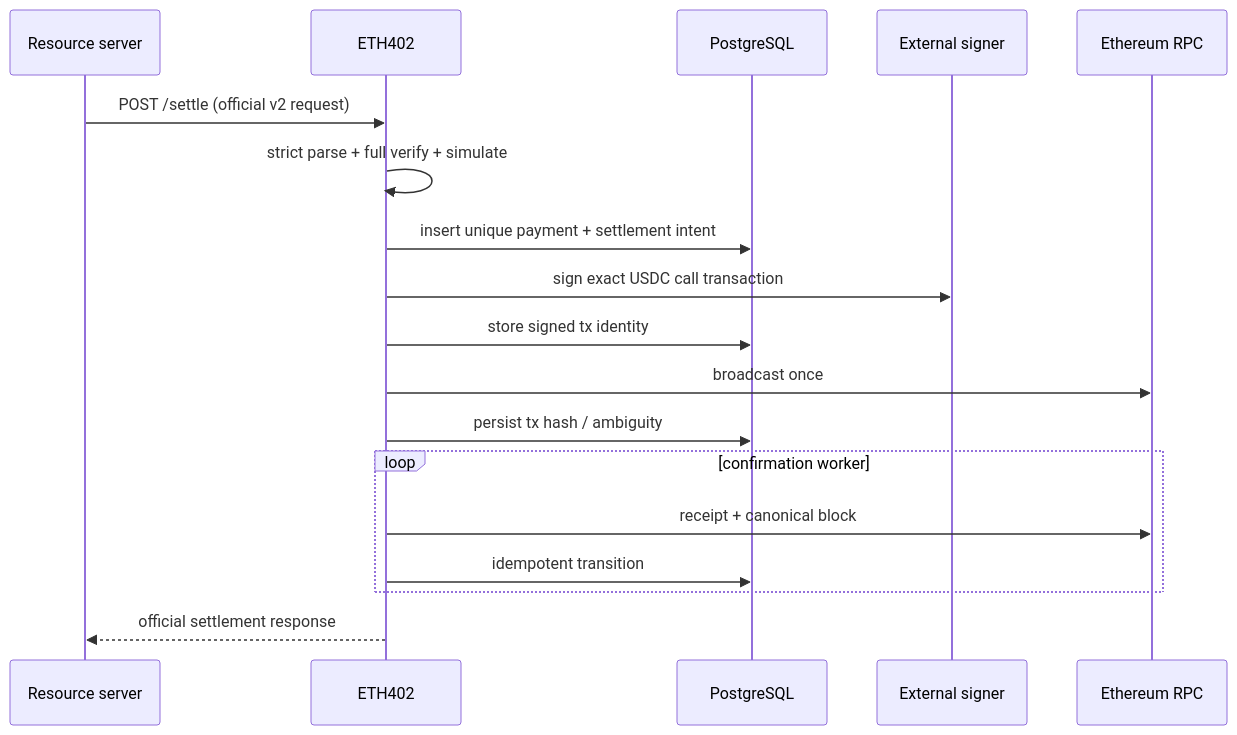
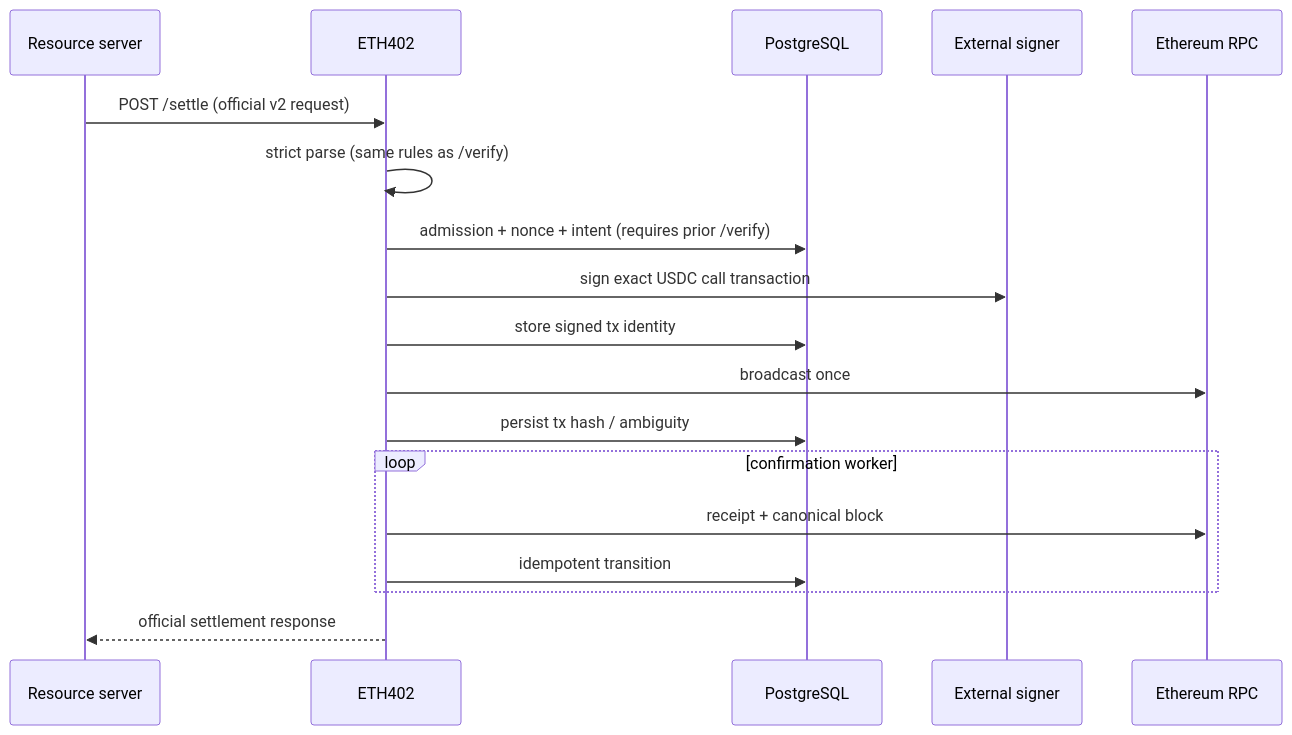
One commit to ETH402/facilitator changed the diagram in docs/SETTLEMENT_FLOW.md. Above: the diagram before and after it, drawn with Mermaid. The commit also changed other lines of this file and 14 other files, not shown here.

````diff
--- a/docs/SETTLEMENT_FLOW.md
+++ b/docs/SETTLEMENT_FLOW.md
@@ -9,20 +10,20 @@
 ```mermaid
 sequenceDiagram
   participant R as Resource server
   participant F as ETH402
   participant DB as PostgreSQL
   participant S as External signer
   participant RPC as Ethereum RPC
   R->>F: POST /settle (official v2 request)
-  F->>F: strict parse + full verify + simulate
-  F->>DB: insert unique payment + settlement intent
+  F->>F: strict parse (same rules as /verify)
+  F->>DB: admission + nonce + intent (requires prior /verify)
   F->>S: sign exact USDC call transaction
   F->>DB: store signed tx identity
   F->>RPC: broadcast once
   F->>DB: persist tx hash / ambiguity
   loop confirmation worker
     F->>RPC: receipt + canonical block
     F->>DB: idempotent transition
   end
   F-->>R: official settlement response
 ```
````
